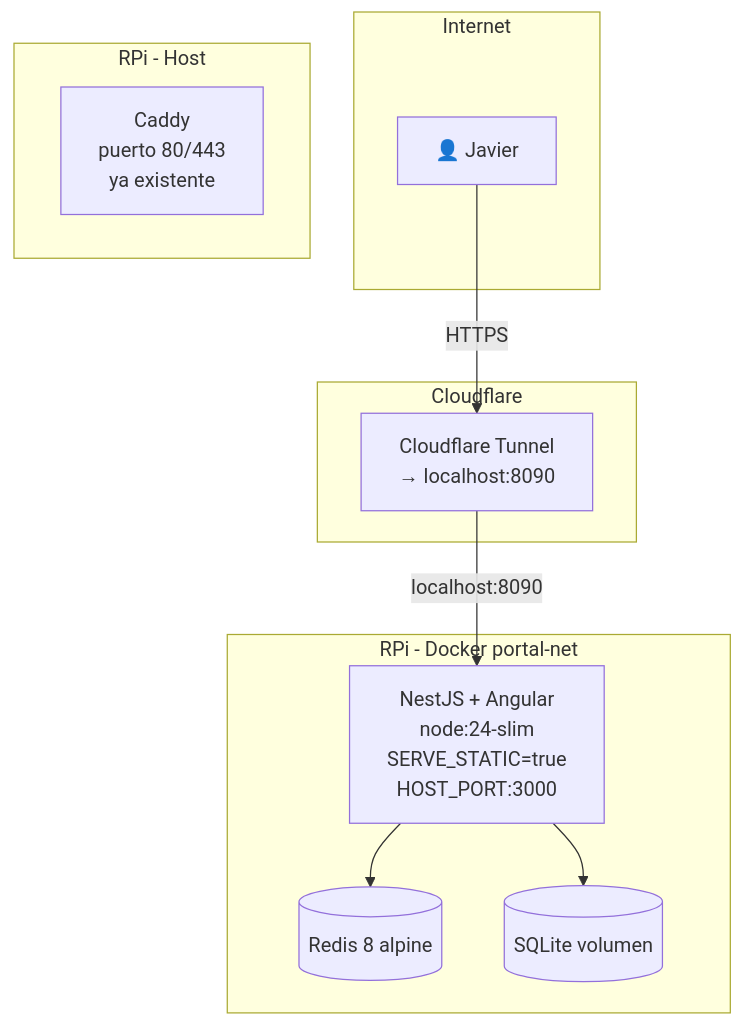
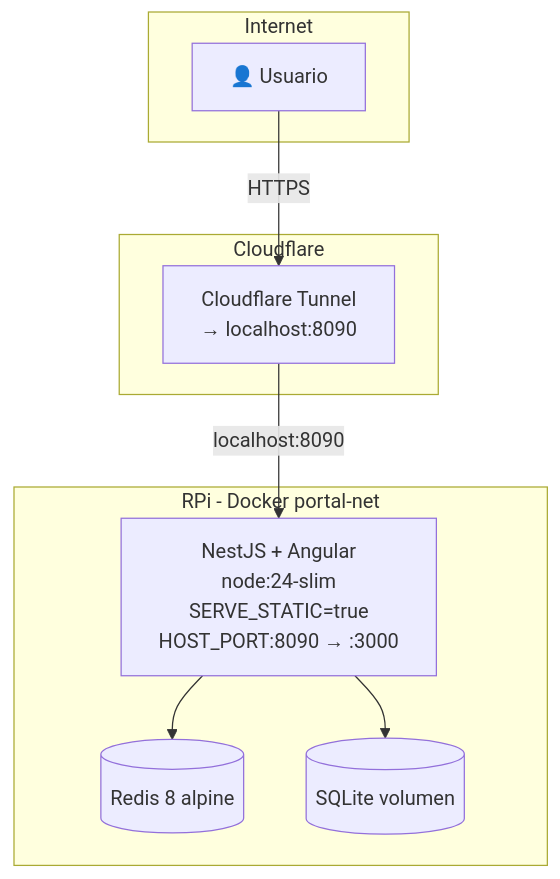
Before and after one commit to fjbatresv/daily-portal: the eighth of 9 diagrams in daily-portal-architecture.md, drawn with Mermaid. The commit also changed other lines of this file and 76 other files, not shown here.

````diff
--- a/daily-portal-architecture.md
+++ b/daily-portal-architecture.md
@@ -426,25 +426,21 @@
 ```mermaid
 graph TB
   subgraph Internet
-    USER[👤 Javier]
+    USER[👤 Usuario]
   end
 
   subgraph Cloudflare
     CF[Cloudflare Tunnel<br/>→ localhost:8090]
   end
 
-  subgraph RPi - Host
-    CADDY[Caddy<br/>puerto 80/443<br/>ya existente]
-  end
-
   subgraph RPi - Docker portal-net
-    NESTJS[NestJS + Angular<br/>node:24-slim<br/>SERVE_STATIC=true<br/>HOST_PORT:3000]
+    NESTJS[NestJS + Angular<br/>node:24-slim<br/>SERVE_STATIC=true<br/>HOST_PORT:8090 → :3000]
     REDIS[(Redis 8 alpine)]
     SQLITE[(SQLite volumen)]
   end
 
   USER -->|HTTPS| CF
   CF -->|localhost:8090| NESTJS
   NESTJS --> REDIS
   NESTJS --> SQLITE
 ```
````
